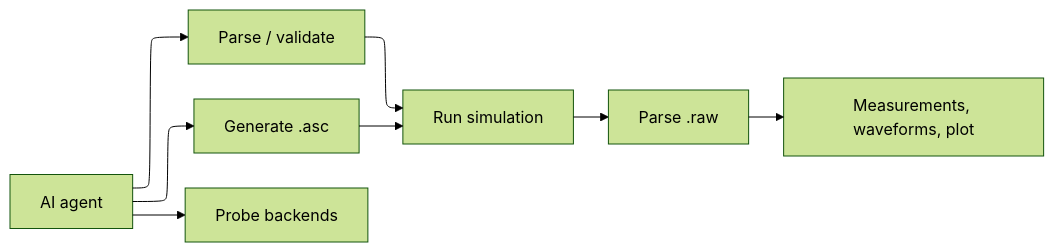
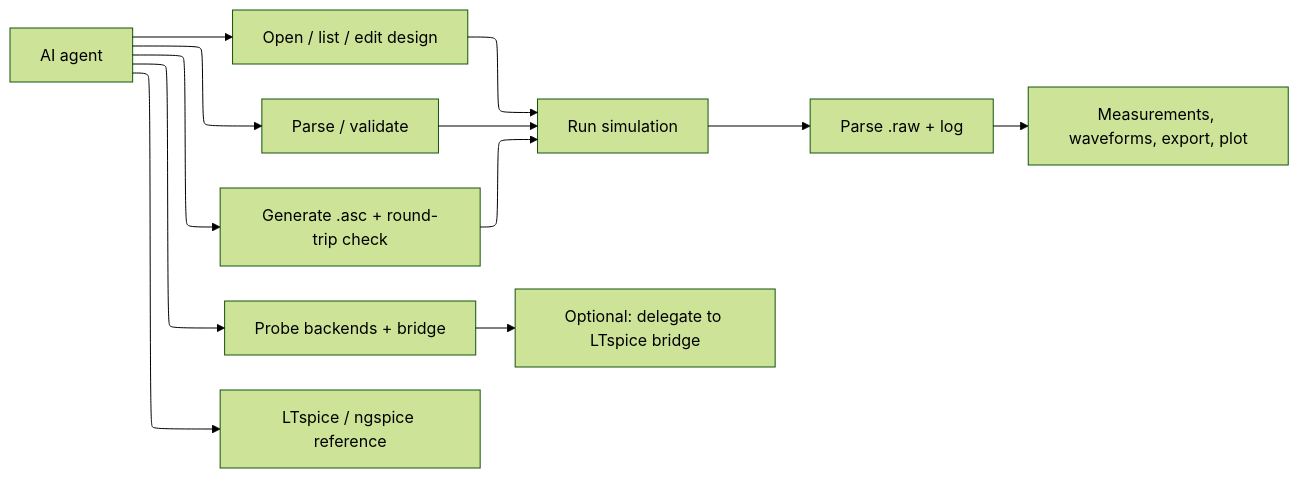
Before and after one commit to sohampatwardhan/openspice-mcp: the diagram in .kiro/specs/openspice-mcp/requirements.md, drawn with Mermaid (forest theme). The commit also changed other lines of this file and 4 other files, not shown here.

First line of the commit message:
docs(spec): add LTspice MCP parity, bridge delegation, and platform notes

````diff
--- a/.kiro/specs/openspice-mcp/requirements.md
+++ b/.kiro/specs/openspice-mcp/requirements.md
@@ -9,14 +11,18 @@
 ```mermaid
 ---
 config:
   layout: elk
 ---
 flowchart LR
-  agent["AI agent"] --> parse["Parse / validate"]
-  agent --> gen["Generate .asc"]
-  parse --> sim["Run simulation"]
+  agent["AI agent"] --> design["Open / list / edit design"]
+  agent --> parse["Parse / validate"]
+  agent --> gen["Generate .asc + round-trip check"]
+  design --> sim["Run simulation"]
+  parse --> sim
   gen --> sim
-  sim --> raw["Parse .raw"]
-  raw --> result["Measurements, waveforms, plot"]
-  agent --> status["Probe backends"]
+  sim --> raw["Parse .raw + log"]
+  raw --> result["Measurements, waveforms, export, plot"]
+  agent --> status["Probe backends + bridge"]
+  agent --> refdoc["LTspice / ngspice reference"]
+  status --> bridge["Optional: delegate to LTspice bridge"]
 ```
````
